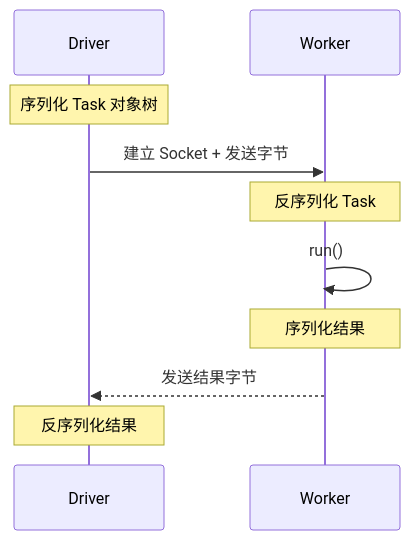
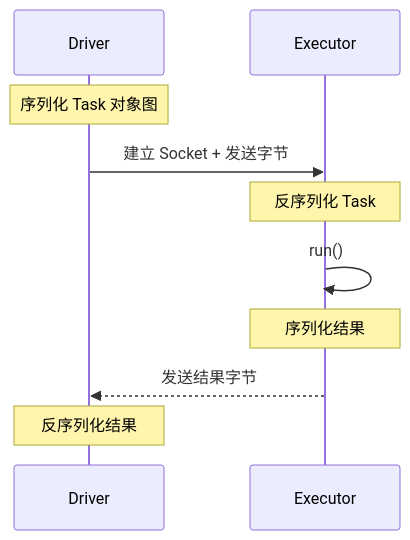
One commit to rchaocai/mini-spark changed the seventh of 9 diagrams in content/docs/03-part3/ch09-network-rpc.md. Above: the diagram before and after it, drawn with Mermaid. The commit also changed other lines of this file and 16 other files, not shown here.

````diff
--- a/content/docs/03-part3/ch09-network-rpc.md
+++ b/content/docs/03-part3/ch09-network-rpc.md
@@ -389,13 +645,13 @@
 ```mermaid
 sequenceDiagram
     participant D as Driver
-    participant W as Worker
+    participant W as Executor
 
-    Note over D: 序列化 Task 对象树
+    Note over D: 序列化 Task 对象图
     D->>W: 建立 Socket + 发送字节
     Note over W: 反序列化 Task
     W->>W: run()
     Note over W: 序列化结果
     W-->>D: 发送结果字节
     Note over D: 反序列化结果
 ```
````
